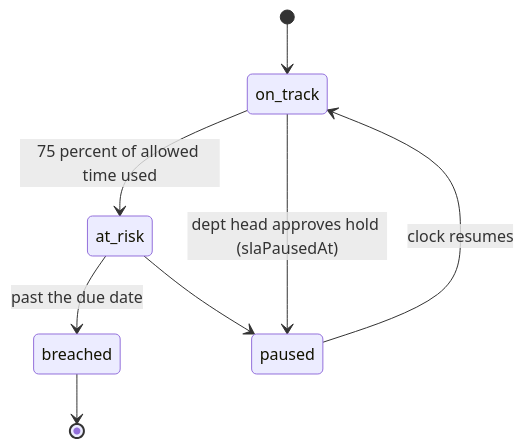
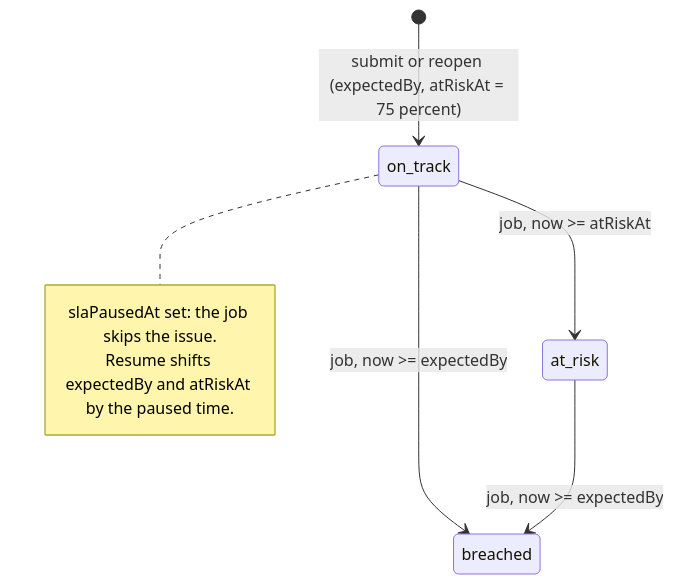
Diagram 30 of 40 in docs/ARCHITECTURE.md (sachinsharmaa07/NVN), drawn with Mermaid before and after one commit. The commit also changed other lines of this file and 1 other file, not shown here.

Commit message:
docs(m2): issue state machine, status-change sequence, SLA job flow, m2 prompts

````diff
--- a/docs/ARCHITECTURE.md
+++ b/docs/ARCHITECTURE.md
@@ -1406,10 +1442,11 @@
 ```mermaid
 stateDiagram-v2
-  [*] --> on_track
-  on_track --> at_risk: 75 percent of allowed time used
-  at_risk --> breached: past the due date
-  on_track --> paused: dept head approves hold (slaPausedAt)
-  at_risk --> paused
-  paused --> on_track: clock resumes
-  breached --> [*]
+  [*] --> on_track: submit or reopen (expectedBy, atRiskAt = 75 percent)
+  on_track --> at_risk: job, now >= atRiskAt
+  on_track --> breached: job, now >= expectedBy
+  at_risk --> breached: job, now >= expectedBy
+  note right of on_track
+    slaPausedAt set: the job skips the issue.
+    Resume shifts expectedBy and atRiskAt by the paused time.
+  end note
 ```
````
